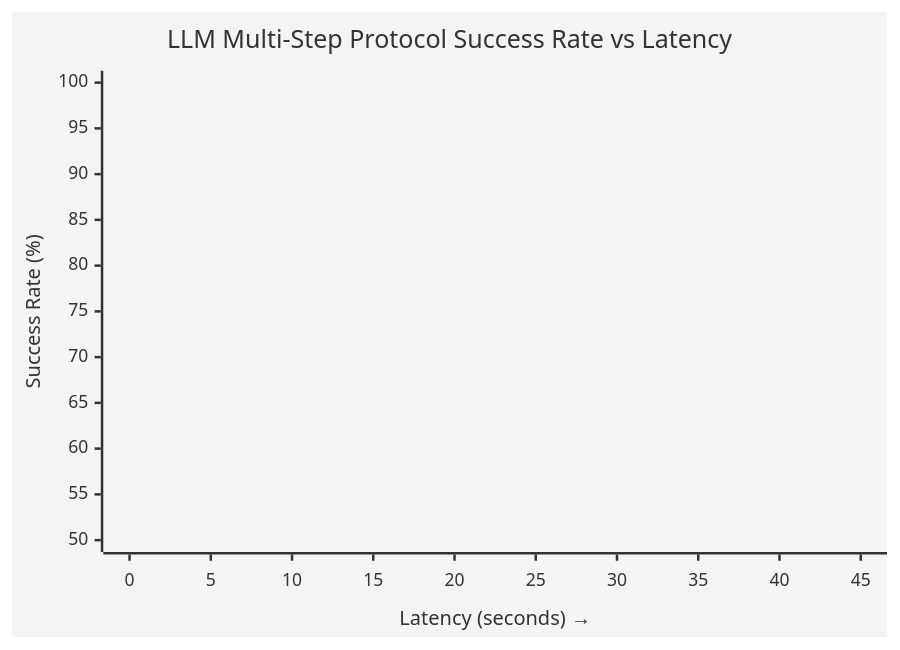
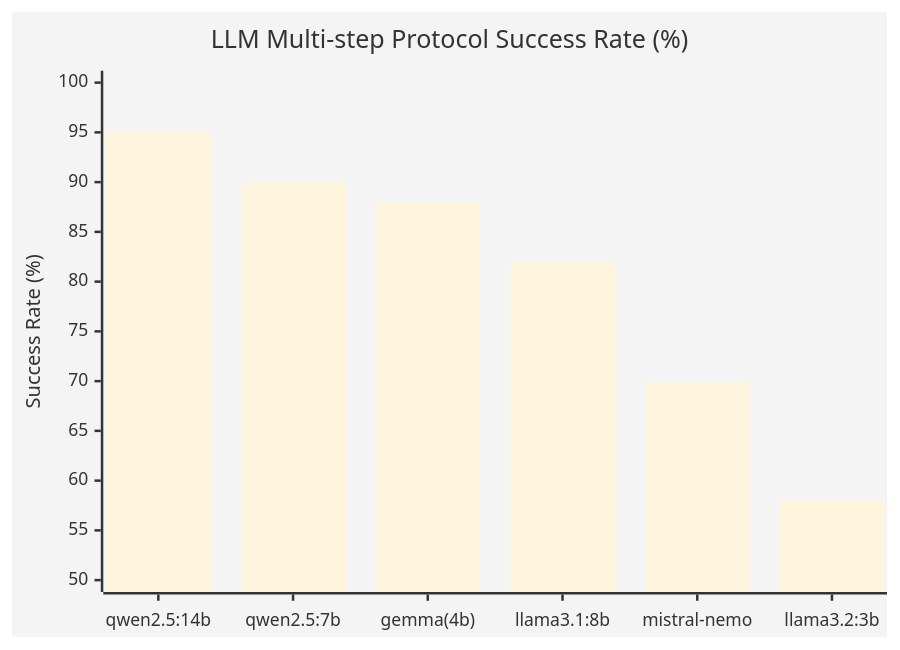
One commit to NUANCE-IT/NUANCE_GMS_MCP changed the diagram in README.md. Above: the diagram before and after it, drawn with Mermaid. The commit also changed other lines of this file, not shown here.

Commit message:
docs: fix mermaid xychart data

````diff
--- a/README.md
+++ b/README.md
@@ -117,8 +117,8 @@
 ```mermaid
 %%{init: {'theme': 'base', 'themeVariables': { 'primaryColor': '#4CAF50', 'primaryBorderColor': '#388E3C', 'secondaryColor': '#2196F3', 'secondaryBorderColor': '#1976D2' }}}%%
 xychart-beta
-    title "LLM Multi-Step Protocol Success Rate vs Latency"
-    x-axis "Latency (seconds) →" [0, 5, 10, 15, 20, 25, 30, 35, 40, 45]
+    title "LLM Multi-step Protocol Success Rate (%)"
+    x-axis ["qwen2.5:14b", "qwen2.5:7b", "gemma(4b)", "llama3.1:8b", "mistral-nemo", "llama3.2:3b"]
     y-axis "Success Rate (%)" 50 --> 100
-    bar [0, 0, 0, 0, 0, 0, 0, 0, 0, 0]
+    bar [95, 90, 88, 82, 70, 58]
 ```
````
